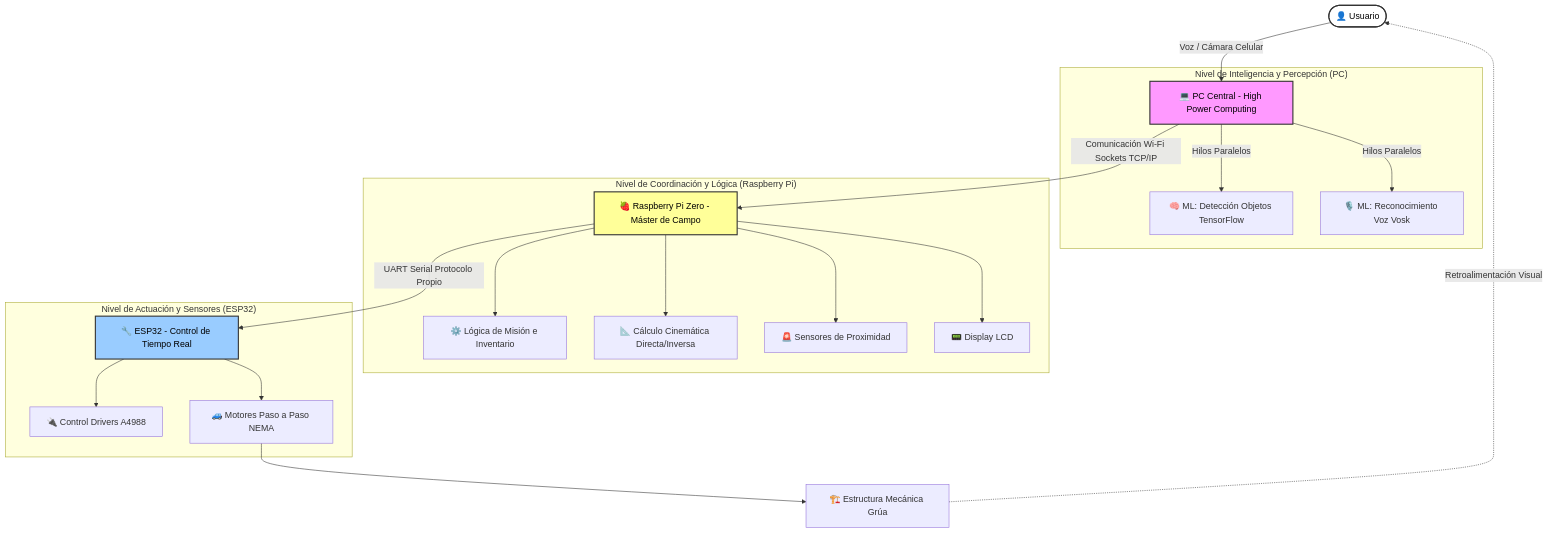
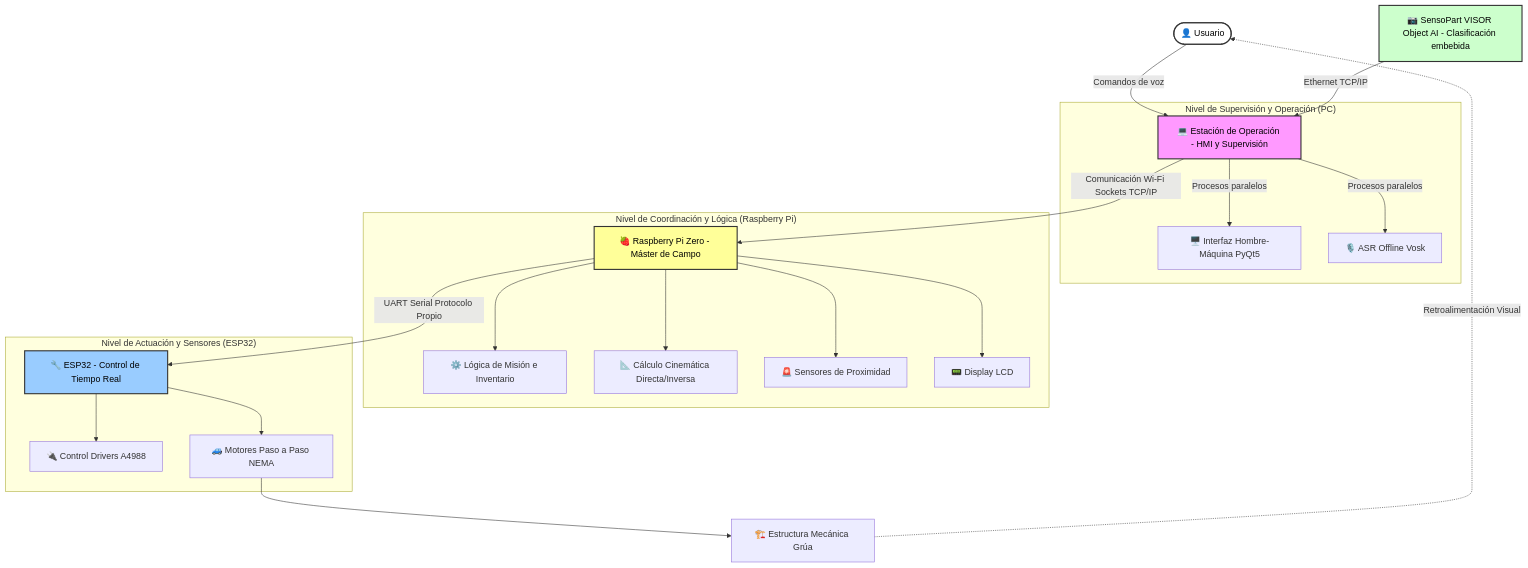
Before and after one commit to ValentinColuccio/Almacenamiento-con-Grua-Torre-Coluccio-Gomez: the diagram in README.md, drawn with Mermaid. The commit also changed other lines of this file, not shown here.

````diff
--- a/README.md
+++ b/README.md
@@ -94,33 +96,35 @@
 ```mermaid
 graph TD
-    User([👤 Usuario]) -->|Voz / Cámara Celular| PC[💻 PC Central - High Power Computing]
+    User([👤 Usuario]) -->|Comandos de voz| PC[💻 Estación de Operación - HMI y Supervisión]
+    VISOR[📷 SensoPart VISOR Object AI - Clasificación embebida] -->|Ethernet TCP/IP| PC
     
-    subgraph "Nivel de Inteligencia y Percepción (PC)"
-        PC -->|Hilos Paralelos| ML_Img[🧠 ML: Detección Objetos TensorFlow]
-        PC -->|Hilos Paralelos| ML_Voice[🎙️ ML: Reconocimiento Voz Vosk]
+    subgraph "Nivel de Supervisión y Operación (PC)"
+        PC -->|Procesos paralelos| HMI[🖥️ Interfaz Hombre-Máquina PyQt5]
+        PC -->|Procesos paralelos| ASR[🎙️ ASR Offline Vosk]
     end
 
     PC -->|Comunicación Wi-Fi Sockets TCP/IP| RPi[🍓 Raspberry Pi Zero - Máster de Campo]
 
     subgraph "Nivel de Coordinación y Lógica (Raspberry Pi)"
         RPi --> Logic[⚙️ Lógica de Misión e Inventario]
         RPi --> Kinematics[📐 Cálculo Cinemática Directa/Inversa]
         RPi --> Sensors[🚨 Sensores de Proximidad]
         RPi --> Display[📟 Display LCD]
     end
 
     RPi -->|UART Serial Protocolo Propio| ESP32[🔧 ESP32 - Control de Tiempo Real]
 
     subgraph "Nivel de Actuación y Sensores (ESP32)"
         ESP32 --> Drivers[🔌 Control Drivers A4988]
         ESP32 --> Motors[🚙 Motores Paso a Paso NEMA]
     end
 
     Motors --> Crane[🏗️ Estructura Mecánica Grúa]
     Crane -.->|Retroalimentación Visual| User
 
     style PC fill:#f9f,stroke:#333,stroke-width:2px,color:#000
     style RPi fill:#ff9,stroke:#333,stroke-width:2px,color:#000
     style ESP32 fill:#9cf,stroke:#333,stroke-width:2px,color:#000
     style User fill:#fff,stroke:#333,stroke-width:2px,color:#000
+    style VISOR fill:#cfc,stroke:#333,stroke-width:2px,color:#000
 ```
````
